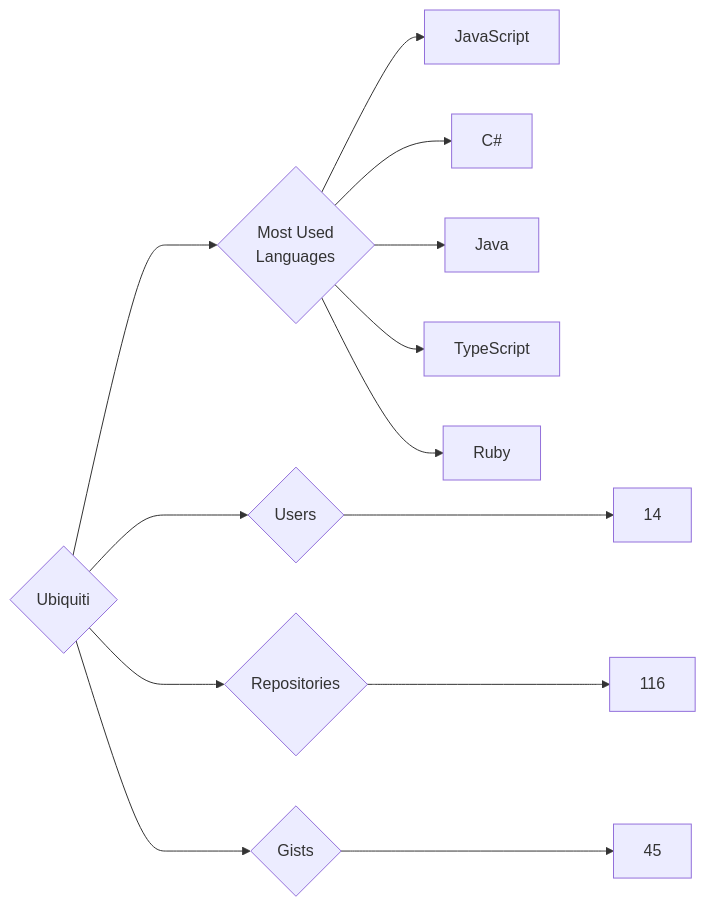
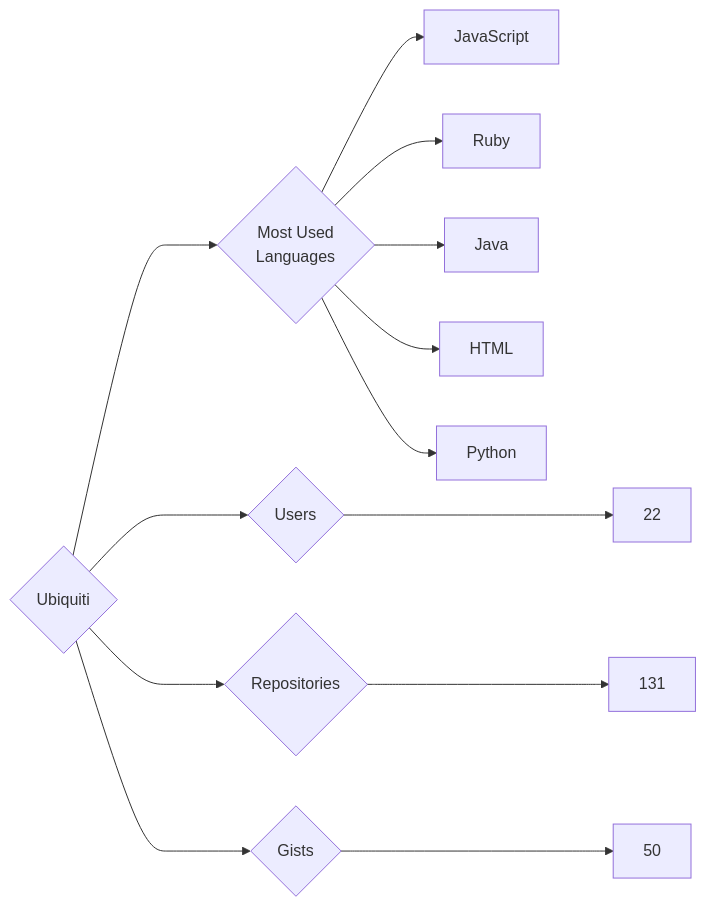
Before and after one commit to trickest/insiders: the diagram in targets/Ubiquiti/README.md, drawn with Mermaid. The commit also changed 955 other files, not shown here.

````diff
--- a/targets/Ubiquiti/README.md
+++ b/targets/Ubiquiti/README.md
@@ -3,13 +3,13 @@
 ```mermaid
 graph LR
 COMPANY_NAME{Ubiquiti}
-COMPANY_NAME ---> U{Users} ---> UN[14]
-COMPANY_NAME ---> R{Repositories} ---> RN[116]
-COMPANY_NAME ---> G{Gists} ---> GN[45]
+COMPANY_NAME ---> U{Users} ---> UN[22]
+COMPANY_NAME ---> R{Repositories} ---> RN[131]
+COMPANY_NAME ---> G{Gists} ---> GN[50]
 COMPANY_NAME ---> ML{Most Used<br>Languages}
 ML --> JavaScript[JavaScript]
-ML --> C#[C#]
+ML --> Ruby[Ruby]
 ML --> Java[Java]
-ML --> TypeScript[TypeScript]
-ML --> Ruby[Ruby]
+ML --> HTML[HTML]
+ML --> Python[Python]
 ```
````
